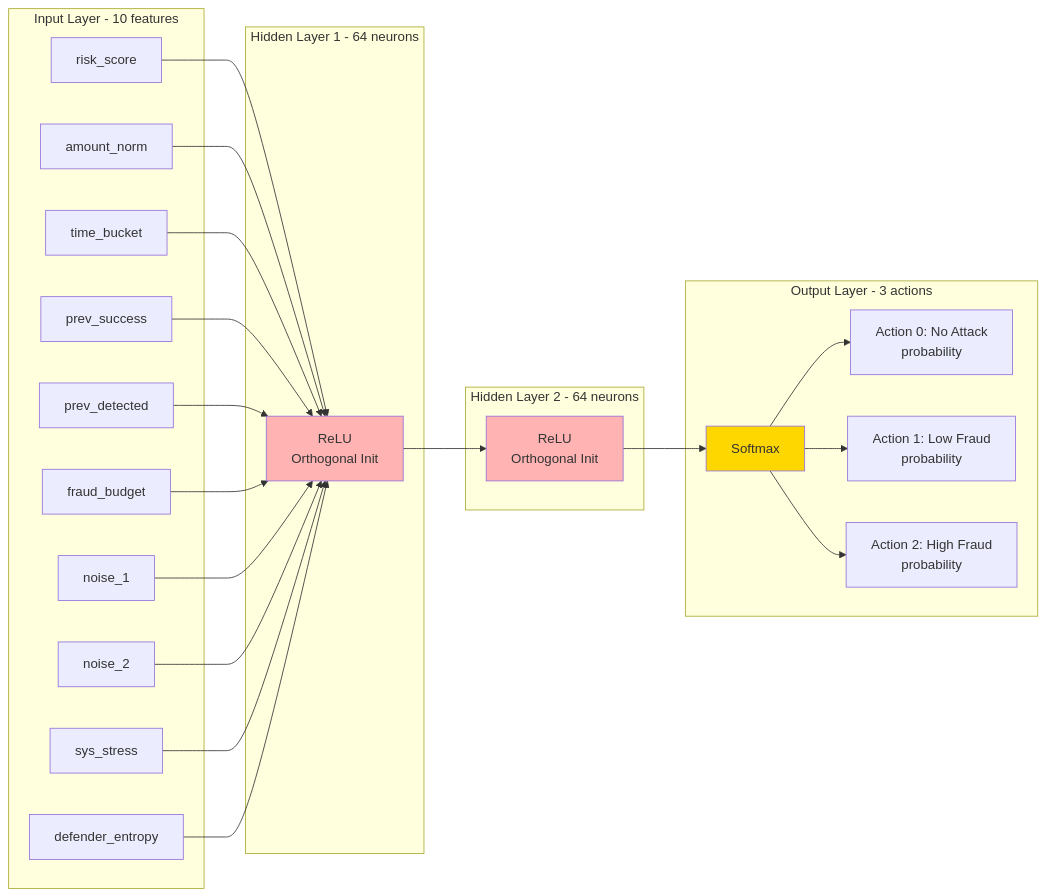
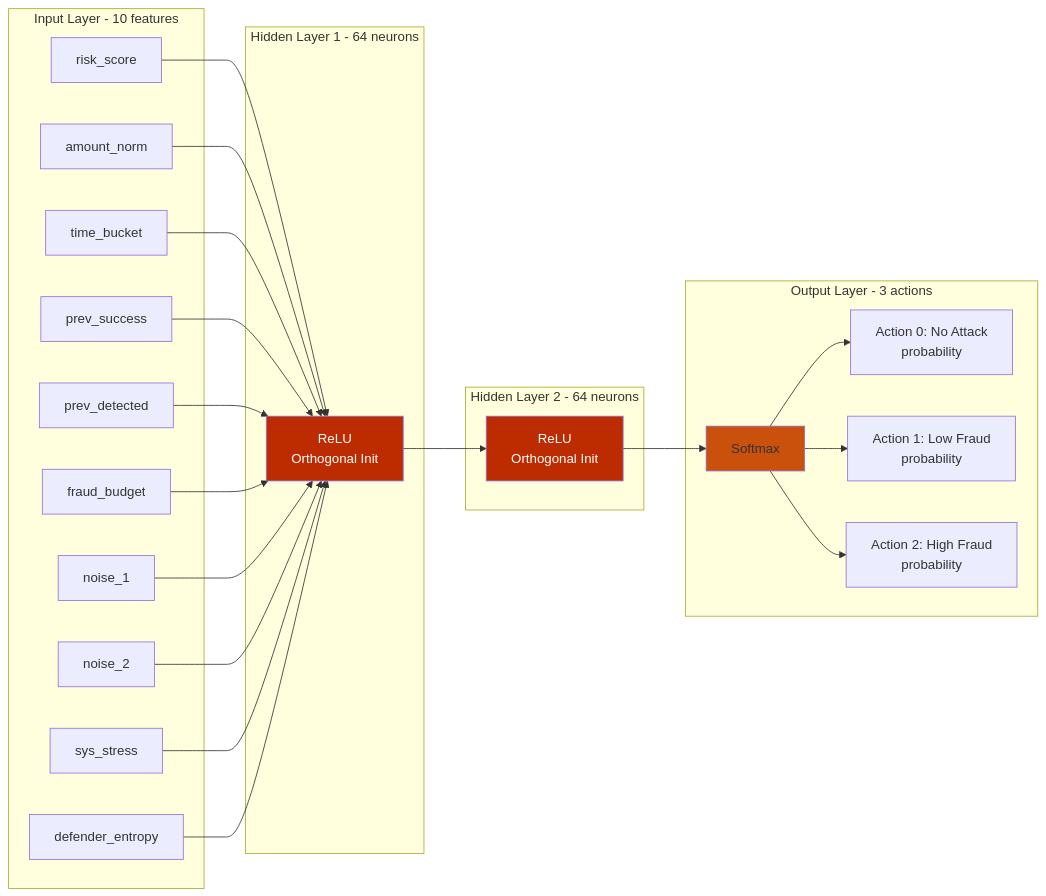
One commit to HelloCol2/markov-fraud-antigravity changed the sixth of 14 diagrams in README.md. Above: the diagram before and after it, drawn with Mermaid. The commit also changed other lines of this file, not shown here.

````diff
--- a/README.md
+++ b/README.md
@@ -319,39 +318,39 @@
 ```mermaid
 graph LR
     subgraph "Input Layer - 10 features"
         I1[risk_score]
         I2[amount_norm]
         I3[time_bucket]
         I4[prev_success]
         I5[prev_detected]
         I6[fraud_budget]
         I7[noise_1]
         I8[noise_2]
         I9[sys_stress]
         I10[defender_entropy]
     end
     
     subgraph "Hidden Layer 1 - 64 neurons"
         H1[ReLU<br/>Orthogonal Init]
     end
     
     subgraph "Hidden Layer 2 - 64 neurons"
         H2[ReLU<br/>Orthogonal Init]
     end
     
     subgraph "Output Layer - 3 actions"
         O1[Action 0: No Attack<br/>probability]
         O2[Action 1: Low Fraud<br/>probability]
         O3[Action 2: High Fraud<br/>probability]
         Soft[Softmax]
     end
     
     I1 & I2 & I3 & I4 & I5 & I6 & I7 & I8 & I9 & I10 --> H1
     H1 --> H2
     H2 --> Soft
     Soft --> O1 & O2 & O3
     
-    style H1 fill:#ffb3b3
-    style H2 fill:#ffb3b3
-    style Soft fill:#ffd700
+    style H1 fill:#bd2c00,color:#fff
+    style H2 fill:#bd2c00,color:#fff
+    style Soft fill:#c9510c
 ```
````
